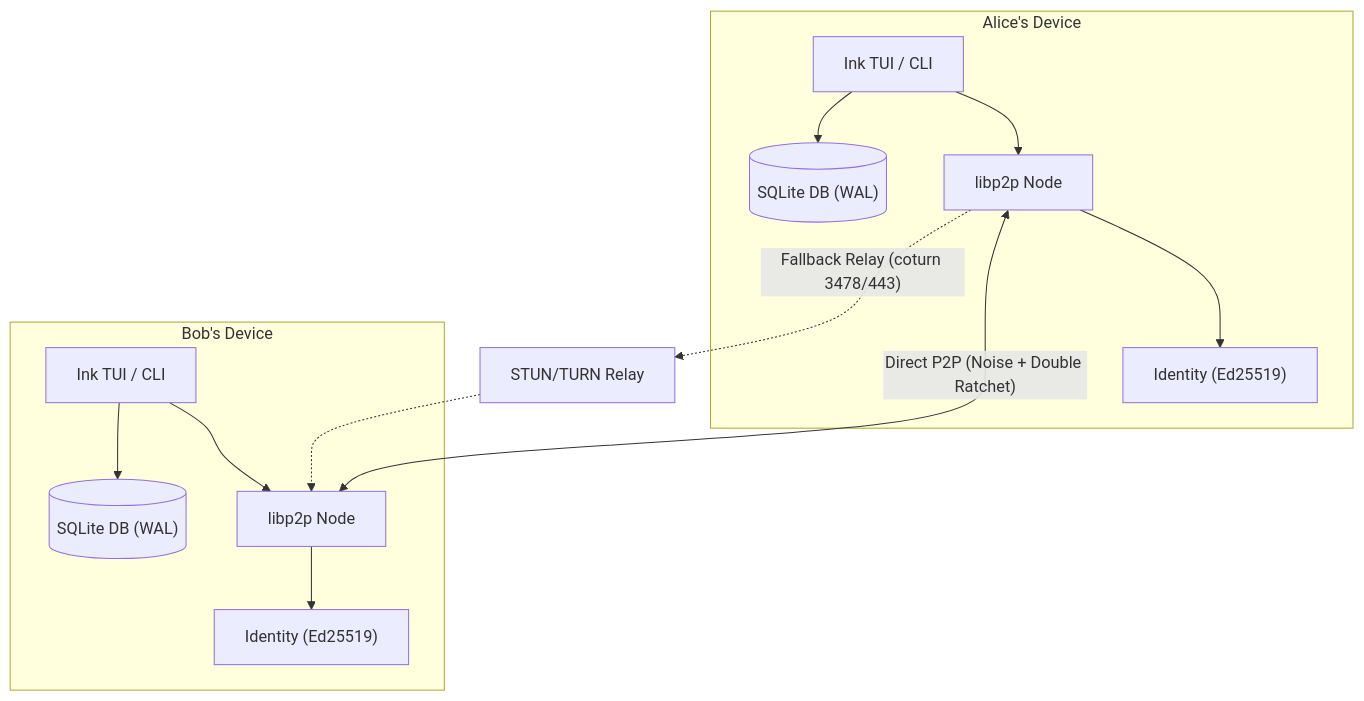
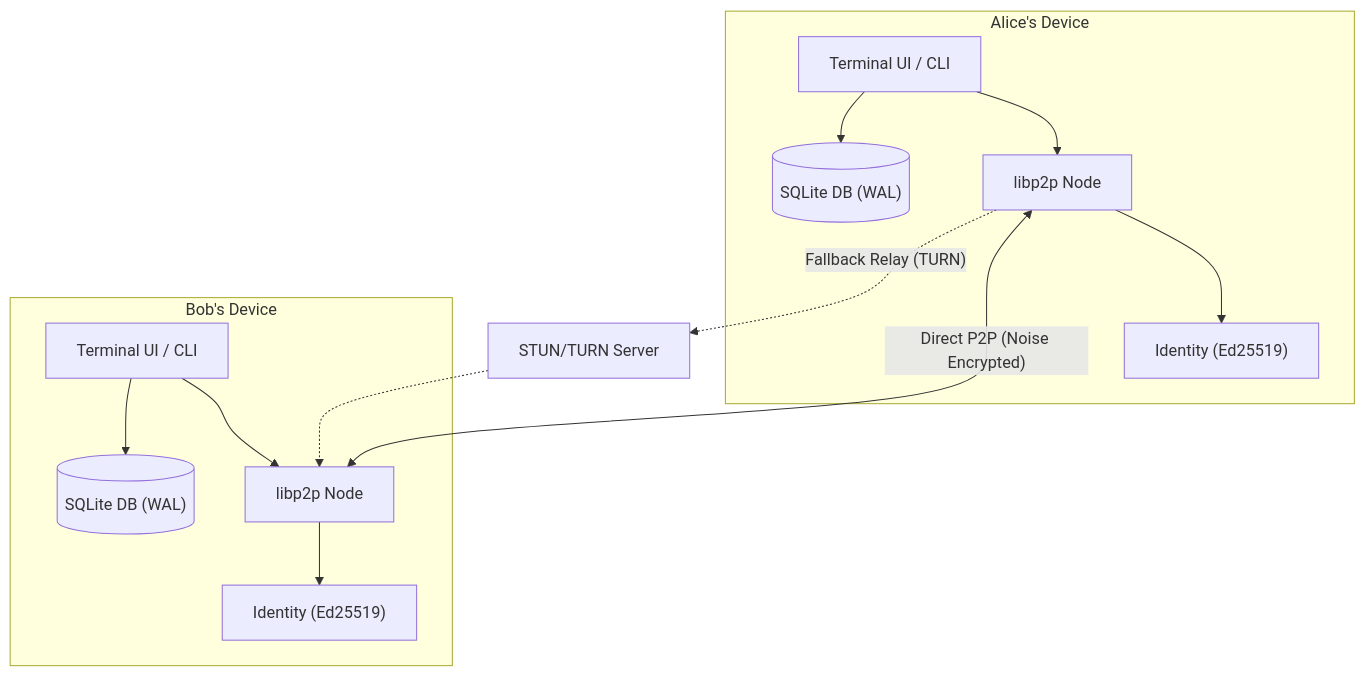
One commit to kaiju-no-9/Cryptus changed the diagram in README.md. Above: the diagram before and after it, drawn with Mermaid. The commit also changed other lines of this file, not shown here.

````diff
--- a/README.md
+++ b/README.md
@@ -90,26 +189,26 @@
 ```mermaid
 graph TB
     subgraph Alice["Alice's Device"]
-        A_TUI["Ink TUI / CLI"]
+        A_TUI["Terminal UI / CLI"]
         A_KEY["Identity (Ed25519)"]
         A_DB[("SQLite DB (WAL)")]
         A_NET["libp2p Node"]
         A_TUI --> A_NET
         A_TUI --> A_DB
         A_NET --> A_KEY
     end
 
     subgraph Bob["Bob's Device"]
-        B_TUI["Ink TUI / CLI"]
+        B_TUI["Terminal UI / CLI"]
         B_KEY["Identity (Ed25519)"]
         B_DB[("SQLite DB (WAL)")]
         B_NET["libp2p Node"]
         B_TUI --> B_NET
         B_TUI --> B_DB
         B_NET --> B_KEY
     end
 
-    A_NET <-->|"Direct P2P (Noise + Double Ratchet)"| B_NET
-    A_NET -.->|"Fallback Relay (coturn 3478/443)"| RELAY["STUN/TURN Relay"]
+    A_NET <-->|"Direct P2P (Noise Encrypted)"| B_NET
+    A_NET -.->|"Fallback Relay (TURN)"| RELAY["STUN/TURN Server"]
     RELAY -.-> B_NET
 ```
````
